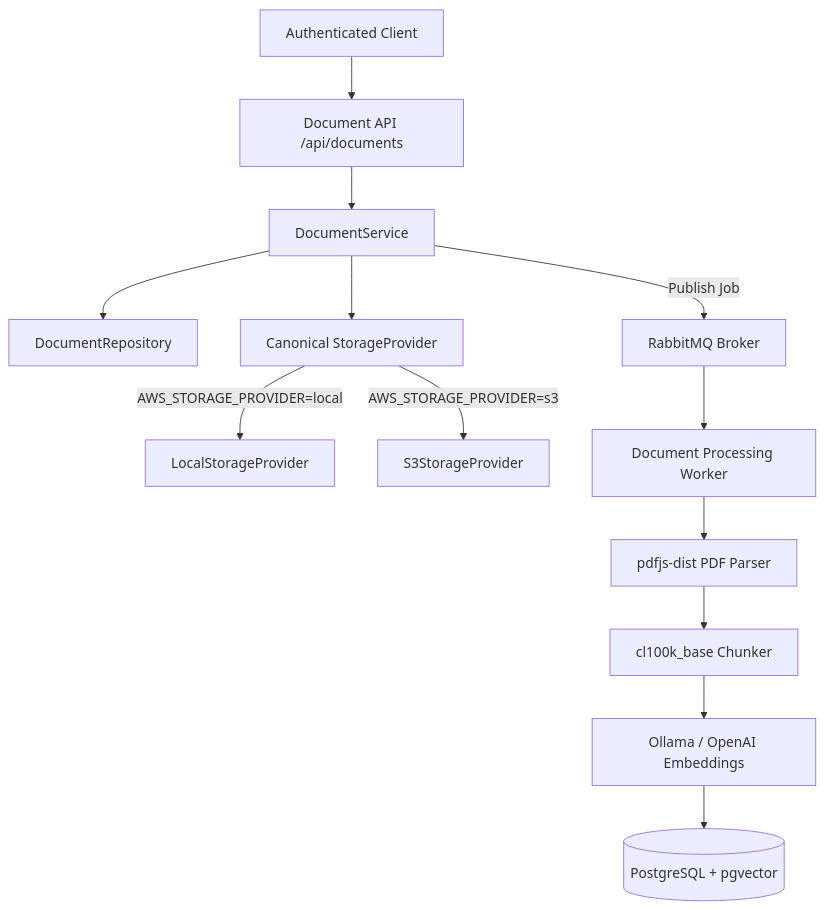
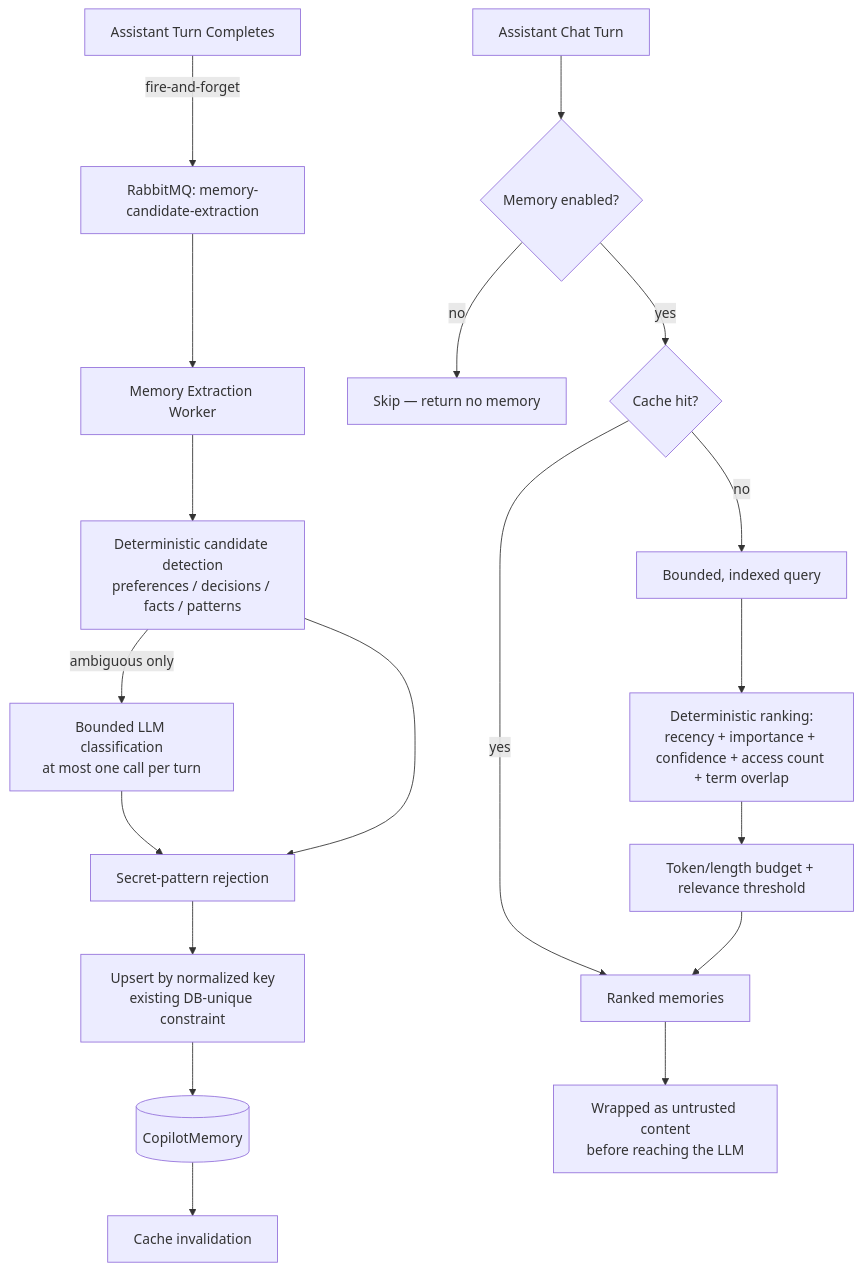
The fourth of 8 diagrams in README.md (durgeshkumarprajapati/AI-Chat), drawn with Mermaid before and after one commit. The commit also changed other lines of this file and 35 other files, not shown here.

First line of the commit message:
feat: implement memory extraction processor and related tests for Phase 90

````diff
--- a/README.md
+++ b/README.md
@@ -372,17 +173,22 @@
 ```mermaid
 flowchart TD
-    User[Authenticated Client] --> API[Document API /api/documents]
-    API --> Svc[DocumentService]
-    Svc --> Rep[DocumentRepository]
-    Svc --> Storage[Canonical StorageProvider]
+    Turn[Assistant Turn Completes] -->|fire-and-forget| Queue[RabbitMQ: memory-candidate-extraction]
+    Queue --> Worker[Memory Extraction Worker]
+    Worker --> Detect[Deterministic candidate detection<br/>preferences / decisions / facts / patterns]
+    Detect -->|ambiguous only| Classify[Bounded LLM classification<br/>at most one call per turn]
+    Classify --> Secret[Secret-pattern rejection]
+    Detect --> Secret
+    Secret --> Dedup[Upsert by normalized key<br/>existing DB-unique constraint]
+    Dedup --> Store[(CopilotMemory)]
+    Store --> Invalidate[Cache invalidation]
 
-    Storage -->|AWS_STORAGE_PROVIDER=local| LocalStorage[LocalStorageProvider]
-    Storage -->|AWS_STORAGE_PROVIDER=s3| S3Storage[S3StorageProvider]
-
-    Svc -->|Publish Job| RabbitMQ[RabbitMQ Broker]
-    RabbitMQ --> Worker[Document Processing Worker]
-    Worker --> Extractor[pdfjs-dist PDF Parser]
-    Extractor --> Chunker[cl100k_base Chunker]
-    Chunker --> Embedder[Ollama / OpenAI Embeddings]
-    Embedder --> Postgres[(PostgreSQL + pgvector)]
+    Request[Assistant Chat Turn] --> Settings{Memory enabled?}
+    Settings -->|no| Skip[Skip — return no memory]
+    Settings -->|yes| CacheCheck{Cache hit?}
+    CacheCheck -->|yes| Ranked[Ranked memories]
+    CacheCheck -->|no| Query[Bounded, indexed query]
+    Query --> Rank[Deterministic ranking:<br/>recency + importance + confidence + access count + term overlap]
+    Rank --> Budget[Token/length budget + relevance threshold]
+    Budget --> Ranked
+    Ranked --> Wrap["Wrapped as untrusted content<br/>before reaching the LLM"]
 ```
````
